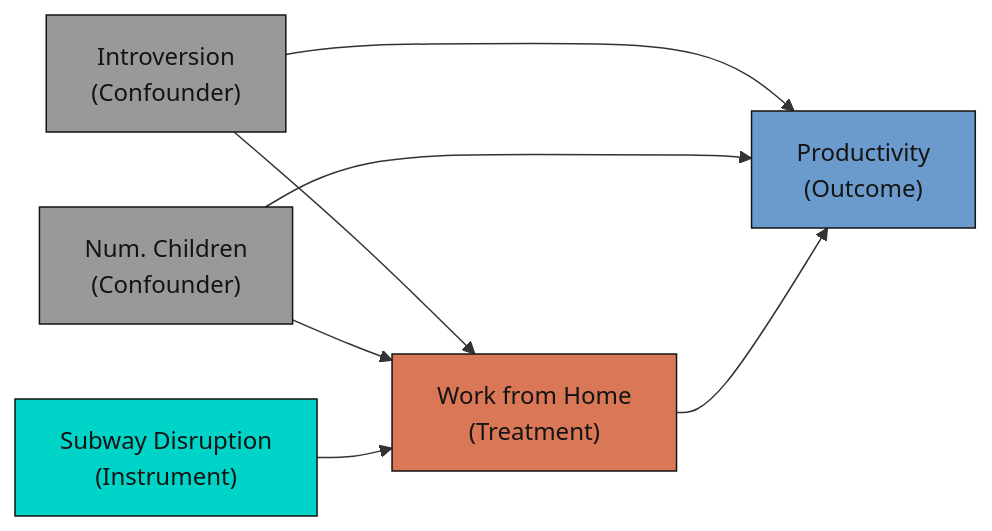
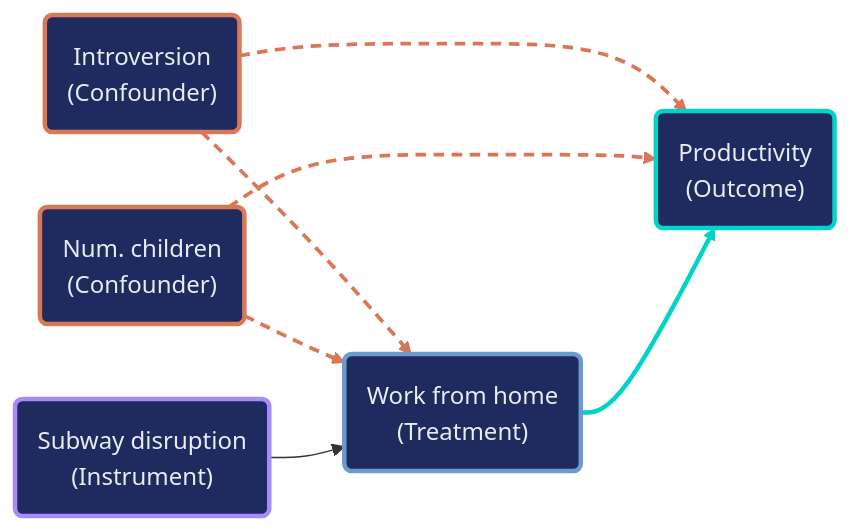
One commit to cmg777/starter-academic-v501 changed the second of 2 diagrams in content/post/python_dowhy_intro/index.md. Above: the diagram before and after it, drawn with Mermaid. The commit also changed other lines of this file and 16 other files, not shown here.

First line of the commit message:
content(mermaid): restyle flowcharts in Python posts, batch 1 of 2

````diff
--- a/content/post/python_dowhy_intro/index.md
+++ b/content/post/python_dowhy_intro/index.md
@@ -411,14 +415,20 @@
 ```mermaid
 graph LR
-    I["Introversion<br/>(Confounder)"] --> T["Work from Home<br/>(Treatment)"]
-    I --> Y["Productivity<br/>(Outcome)"]
-    C["Num. Children<br/>(Confounder)"] --> T
+    I("Introversion<br/>(Confounder)") --> T("Work from home<br/>(Treatment)")
+    I --> Y("Productivity<br/>(Outcome)")
+    C("Num. children<br/>(Confounder)") --> T
     C --> Y
-    Z["Subway Disruption<br/>(Instrument)"] --> T
+    Z("Subway disruption<br/>(Instrument)") --> T
     T --> Y
-    style I fill:#999,stroke:#141413,color:#141413
-    style C fill:#999,stroke:#141413,color:#141413
-    style Z fill:#00d4c8,stroke:#141413,color:#141413
-    style T fill:#d97757,stroke:#141413,color:#141413
-    style Y fill:#6a9bcc,stroke:#141413,color:#141413
+    classDef gray fill:#1f2b5e,stroke:#c8d0e0,stroke-width:3px,color:#e8ecf2
+    classDef orange fill:#1f2b5e,stroke:#d97757,stroke-width:3px,color:#e8ecf2
+    classDef blue fill:#1f2b5e,stroke:#6a9bcc,stroke-width:3px,color:#e8ecf2
+    classDef teal fill:#1f2b5e,stroke:#00d4c8,stroke-width:3px,color:#e8ecf2
+    classDef violet fill:#1f2b5e,stroke:#a78bfa,stroke-width:3px,color:#e8ecf2
+    class I,C orange
+    class T blue
+    class Y teal
+    class Z violet
+    linkStyle 0,1,2,3 stroke:#d97757,stroke-width:2.5px,stroke-dasharray:7 5
+    linkStyle 5 stroke:#00d4c8,stroke-width:3px
 ```
````
